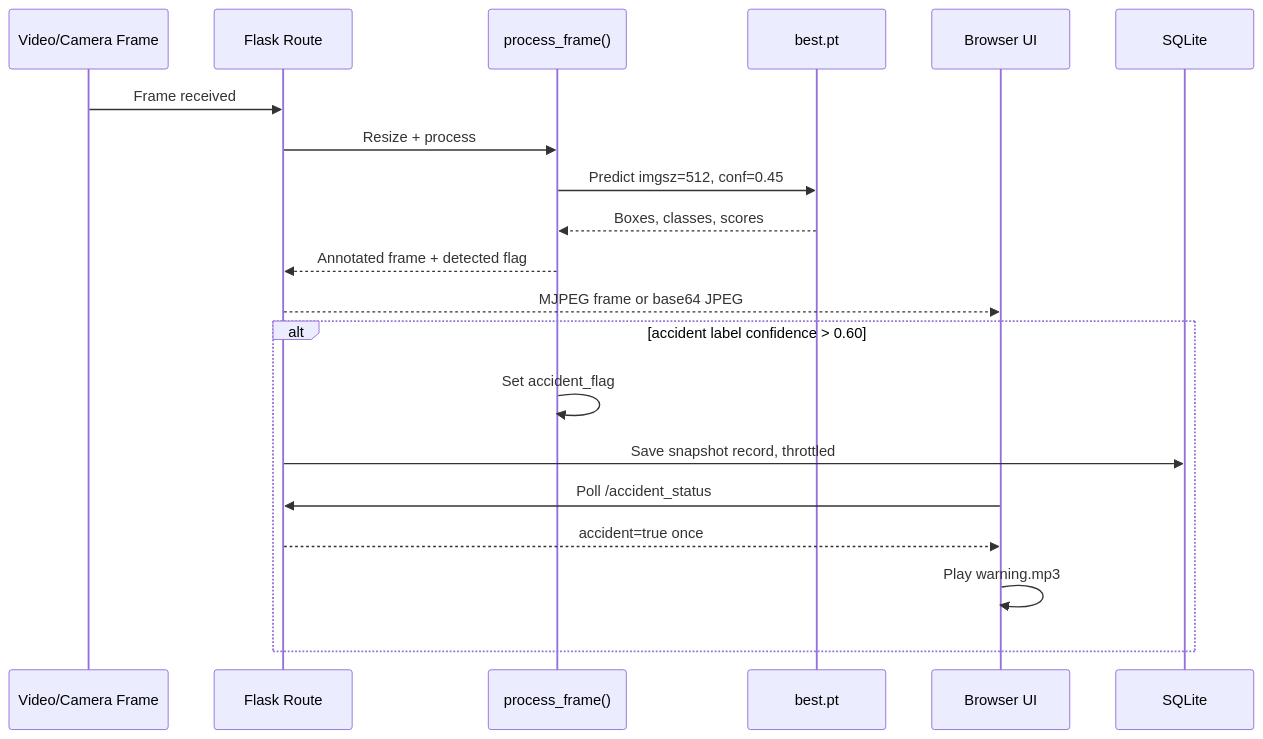
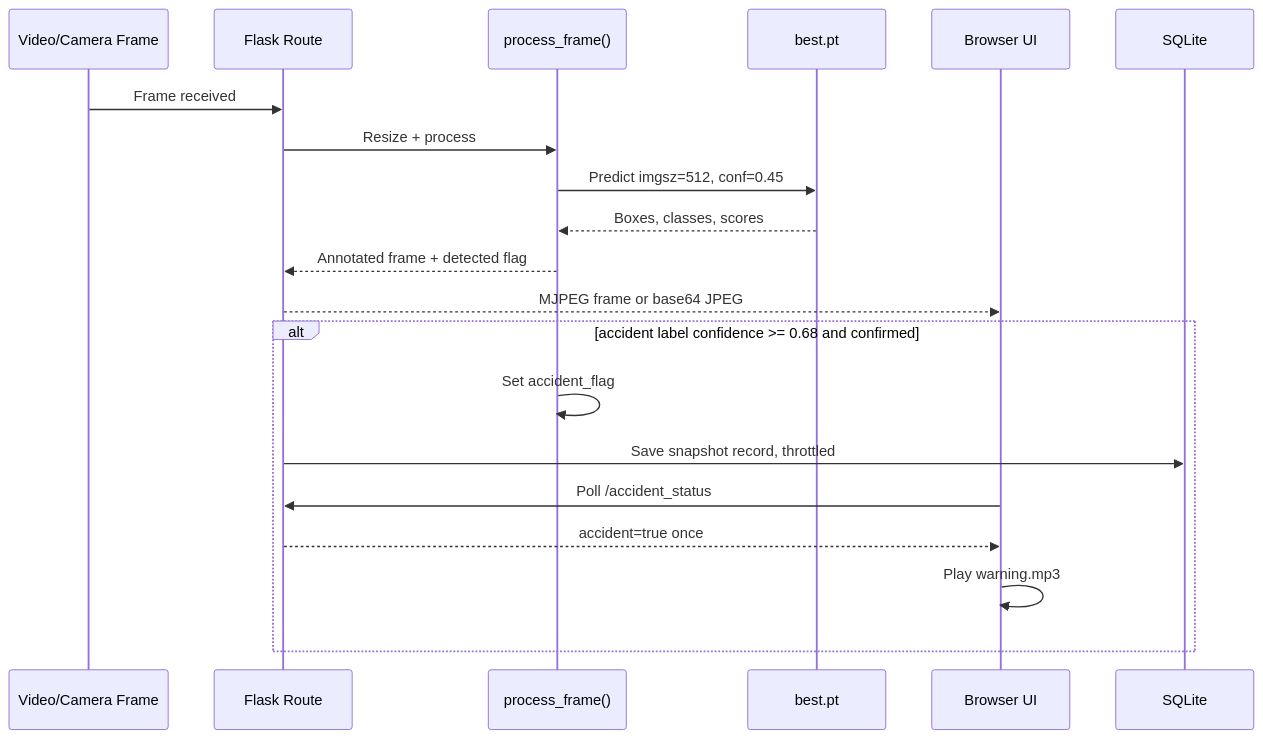
The third of 6 diagrams in README.md (Amal-K-Alharbi/Accident), drawn with Mermaid before and after one commit. The commit also changed other lines of this file and 3 other files, not shown here.

````diff
--- a/README.md
+++ b/README.md
@@ -134,23 +135,23 @@
 ```mermaid
 sequenceDiagram
     participant Source as Video/Camera Frame
     participant Flask as Flask Route
     participant CV as process_frame()
     participant YOLO as best.pt
     participant UI as Browser UI
     participant DB as SQLite
 
     Source->>Flask: Frame received
     Flask->>CV: Resize + process
     CV->>YOLO: Predict imgsz=512, conf=0.45
     YOLO-->>CV: Boxes, classes, scores
     CV-->>Flask: Annotated frame + detected flag
     Flask-->>UI: MJPEG frame or base64 JPEG
-    alt accident label confidence > 0.60
+    alt accident label confidence >= 0.68 and confirmed
         CV->>CV: Set accident_flag
         Flask->>DB: Save snapshot record, throttled
         UI->>Flask: Poll /accident_status
         Flask-->>UI: accident=true once
         UI->>UI: Play warning.mp3
     end
 ```
````
